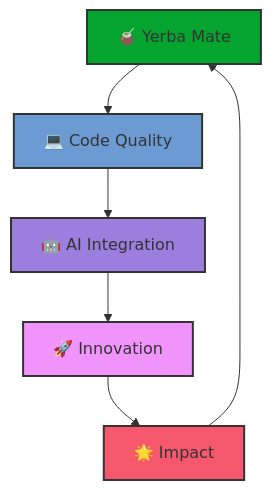
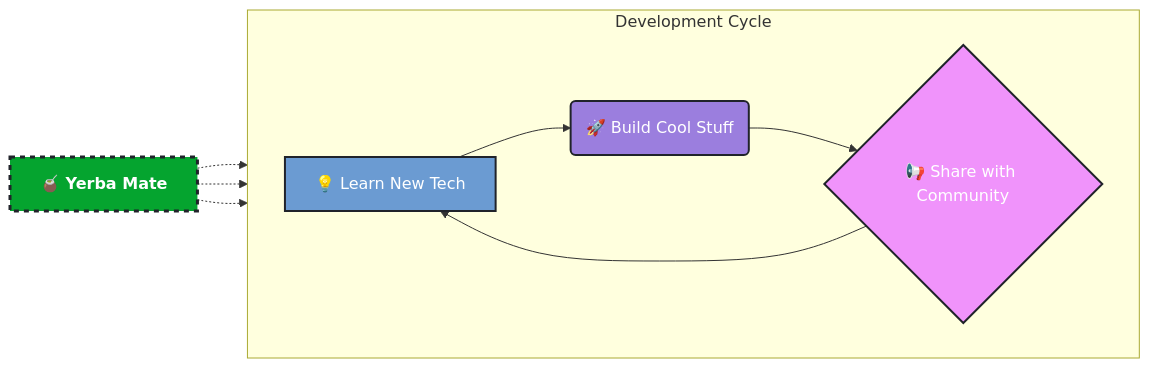
One commit to YahyaZekry/YahyaZekry changed the diagram in README.md. Above: the diagram before and after it, drawn with Mermaid. The commit also changed other lines of this file, not shown here.

Commit message:
Enhance README with new maker mindset description and update development cycle diagram for clarity

````diff
--- a/README.md
+++ b/README.md
@@ -311,14 +313,19 @@
 ```mermaid
-graph TD
-    A[🧉 Yerba Mate] --> B[💻 Code Quality]
-    B --> C[🤖 AI Integration]
-    C --> D[🚀 Innovation]
-    D --> E[🌟 Impact]
-    E --> A
-    
-    style A fill:#05a42f,stroke:#333,stroke-width:2px
-    style B fill:#6B9BD2,stroke:#333,stroke-width:2px
-    style C fill:#9B7EDE,stroke:#333,stroke-width:2px
-    style D fill:#F093FB,stroke:#333,stroke-width:2px
-    style E fill:#F5576C,stroke:#333,stroke-width:2px
+graph LR
+    subgraph "Development Cycle"
+        direction LR
+        A[💡 Learn New Tech] --> B(🚀 Build Cool Stuff)
+        B --> C{📢 Share with Community}
+        C --> A
+    end
+
+    D[🧉 Yerba Mate] -.-> A
+    D -.-> B
+    D -.-> C
+
+    style A fill:#6B9BD2,stroke:#20232A,stroke-width:2px,color:#fff
+    style B fill:#9B7EDE,stroke:#20232A,stroke-width:2px,color:#fff
+    style C fill:#F093FB,stroke:#20232A,stroke-width:2px,color:#fff
+    style D fill:#05a42f,stroke:#20232A,stroke-width:3px,color:#fff,stroke-dasharray: 5 5,font-weight:bold
+
 ```
````
